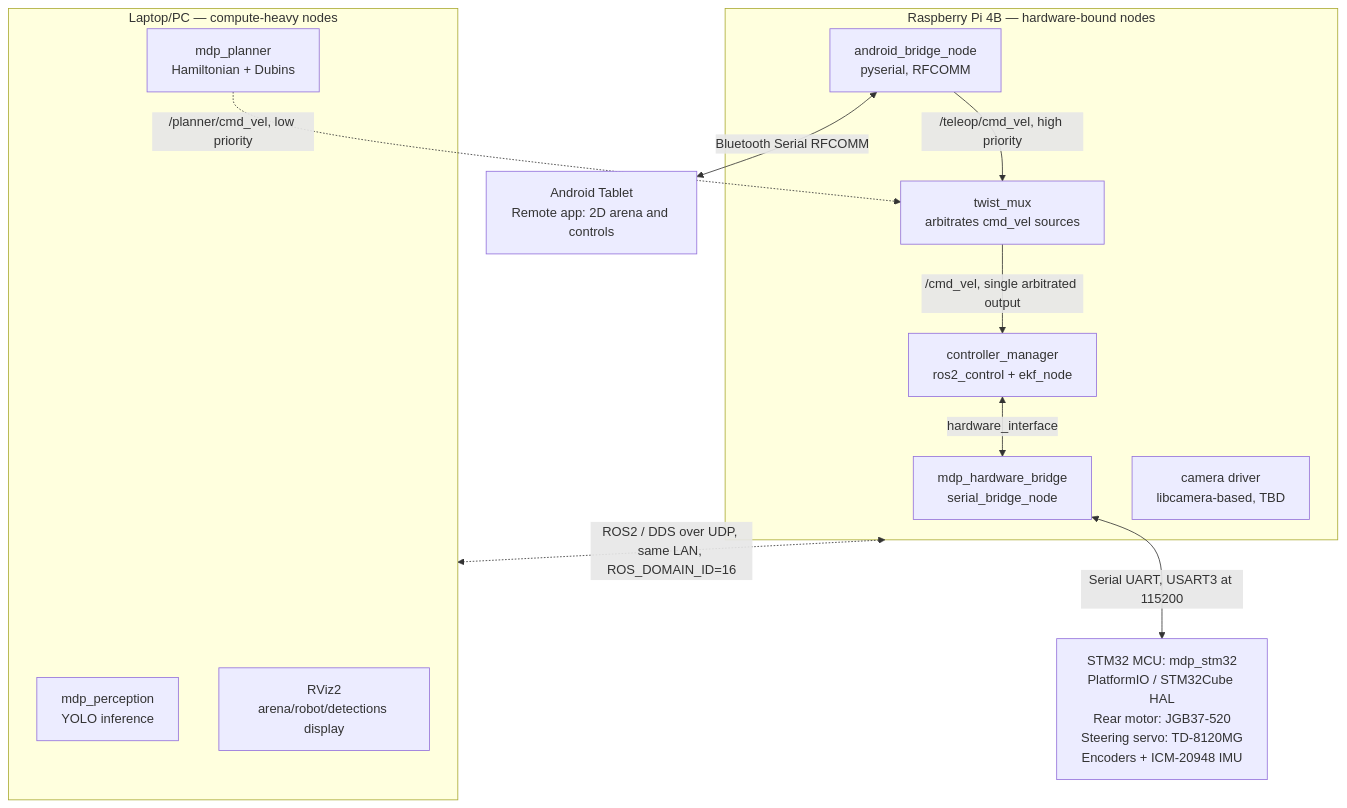
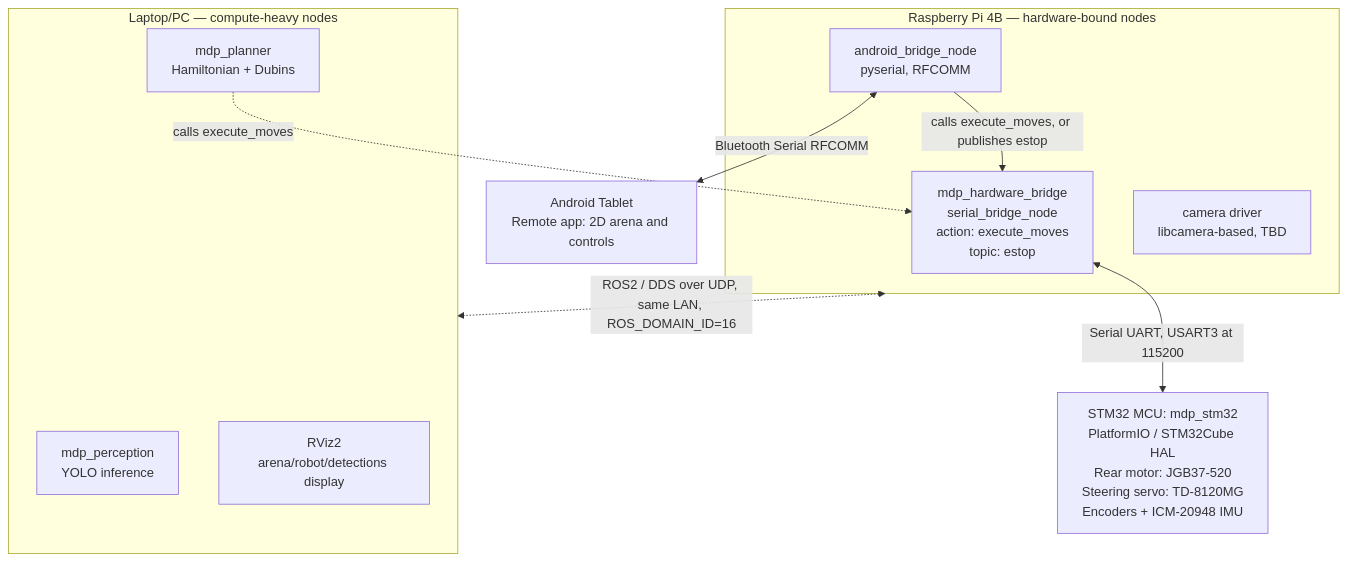
Before and after one commit to xushuwei281/SC2079-Group-16-: the diagram in raspberry-pi/ros2_ws/ARCHITECTURE.md, drawn with Mermaid. The commit also changed other lines of this file and 12 other files, not shown here.

Commit message:
Add mdp_hardware_bridge and mdp_interfaces; correct architecture for the STM32's real discrete protocol

````diff
--- a/raspberry-pi/ros2_ws/ARCHITECTURE.md
+++ b/raspberry-pi/ros2_ws/ARCHITECTURE.md
@@ -25,28 +25,24 @@
 ```mermaid
 flowchart TB
     subgraph Pi["Raspberry Pi 4B — hardware-bound nodes"]
-        HWBridge["mdp_hardware_bridge<br/>serial_bridge_node"]
-        TwistMux["twist_mux<br/>arbitrates cmd_vel sources"]
-        CtrlMgr["controller_manager<br/>ros2_control + ekf_node"]
+        HWBridge["mdp_hardware_bridge<br/>serial_bridge_node<br/>action: execute_moves<br/>topic: estop"]
         AndroidBridge["android_bridge_node<br/>pyserial, RFCOMM"]
         CamDriver["camera driver<br/>libcamera-based, TBD"]
-        AndroidBridge -->|/teleop/cmd_vel, high priority| TwistMux
-        TwistMux -->|/cmd_vel, single arbitrated output| CtrlMgr
-        CtrlMgr <-->|hardware_interface| HWBridge
+        AndroidBridge -->|calls execute_moves, or publishes estop| HWBridge
     end
 
     subgraph PC["Laptop/PC — compute-heavy nodes"]
         Perception["mdp_perception<br/>YOLO inference"]
         Planner["mdp_planner<br/>Hamiltonian + Dubins"]
         RViz["RViz2<br/>arena/robot/detections display"]
     end
 
-    Planner -.->|/planner/cmd_vel, low priority| TwistMux
+    Planner -.->|calls execute_moves| HWBridge
     Pi <-.->|ROS2 / DDS over UDP, same LAN, ROS_DOMAIN_ID=16| PC
 
     STM32["STM32 MCU: mdp_stm32<br/>PlatformIO / STM32Cube HAL<br/>Rear motor: JGB37-520<br/>Steering servo: TD-8120MG<br/>Encoders + ICM-20948 IMU"]
     Android["Android Tablet<br/>Remote app: 2D arena and controls"]
 
     HWBridge <-->|Serial UART, USART3 at 115200| STM32
     AndroidBridge <-->|Bluetooth Serial RFCOMM| Android
 ```
````
